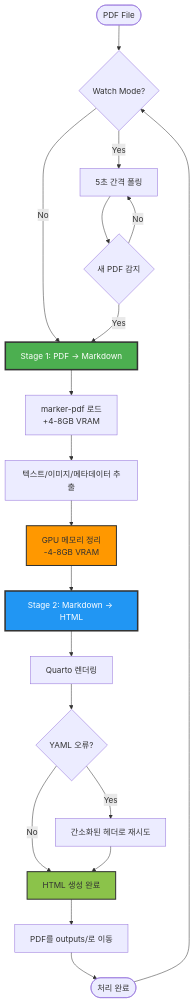
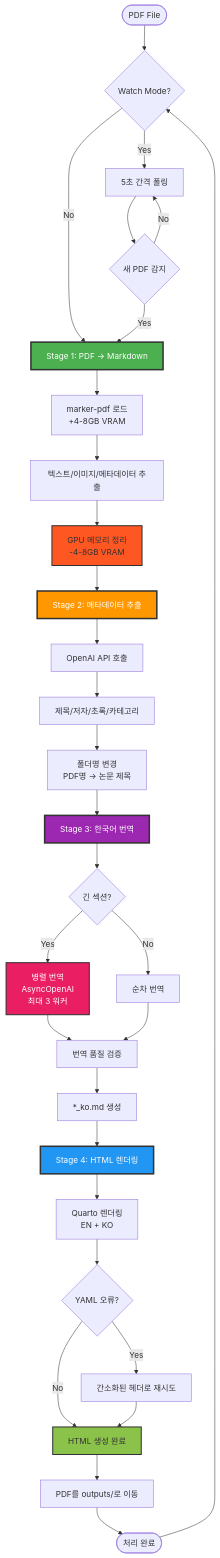
The second of 6 diagrams in README.md (restful3/paperflow), drawn with Mermaid before and after one commit. The commit also changed other lines of this file, not shown here.

````diff
--- a/README.md
+++ b/README.md
@@ -71,31 +83,47 @@
 ```mermaid
 flowchart TD
     Start([PDF File]) --> Watch{Watch Mode?}
     Watch -->|Yes| Poll[5초 간격 폴링]
     Watch -->|No| Stage1
     Poll --> Detect{새 PDF 감지}
     Detect -->|Yes| Stage1
     Detect -->|No| Poll
 
     Stage1[Stage 1: PDF → Markdown]
     Stage1 --> GPU1[marker-pdf 로드<br/>+4-8GB VRAM]
     GPU1 --> Extract[텍스트/이미지/메타데이터 추출]
     Extract --> Cleanup1[GPU 메모리 정리<br/>-4-8GB VRAM]
 
-    Cleanup1 --> Stage2[Stage 2: Markdown → HTML]
-    Stage2 --> Quarto[Quarto 렌더링]
+    Cleanup1 --> Stage2[Stage 2: 메타데이터 추출]
+    Stage2 --> AI1[OpenAI API 호출]
+    AI1 --> Meta[제목/저자/초록/카테고리]
+    Meta --> Rename[폴더명 변경<br/>PDF명 → 논문 제목]
+
+    Rename --> Stage3[Stage 3: 한국어 번역]
+    Stage3 --> Parallel{긴 섹션?}
+    Parallel -->|Yes| AsyncAPI[병렬 번역<br/>AsyncOpenAI<br/>최대 3 워커]
+    Parallel -->|No| SeqAPI[순차 번역]
+    AsyncAPI --> Verify[번역 품질 검증]
+    SeqAPI --> Verify
+    Verify --> KoreanMD[*_ko.md 생성]
+
+    KoreanMD --> Stage4[Stage 4: HTML 렌더링]
+    Stage4 --> Quarto[Quarto 렌더링<br/>EN + KO]
     Quarto --> Fallback{YAML 오류?}
     Fallback -->|Yes| Retry[간소화된 헤더로 재시도]
     Fallback -->|No| Success
     Retry --> Success[HTML 생성 완료]
 
     Success --> Move[PDF를 outputs/로 이동]
     Move --> End([처리 완료])
 
     End --> Watch
 
     style Stage1 fill:#4CAF50,stroke:#333,stroke-width:3px,color:#fff
-    style Stage2 fill:#2196F3,stroke:#333,stroke-width:3px,color:#fff
+    style Stage2 fill:#FF9800,stroke:#333,stroke-width:3px,color:#fff
+    style Stage3 fill:#9C27B0,stroke:#333,stroke-width:3px,color:#fff
+    style Stage4 fill:#2196F3,stroke:#333,stroke-width:3px,color:#fff
+    style AsyncAPI fill:#E91E63,stroke:#333,stroke-width:2px,color:#fff
     style Success fill:#8BC34A,stroke:#333,stroke-width:2px
-    style Cleanup1 fill:#FF9800,stroke:#333,stroke-width:2px
+    style Cleanup1 fill:#FF5722,stroke:#333,stroke-width:2px
 ```
````
